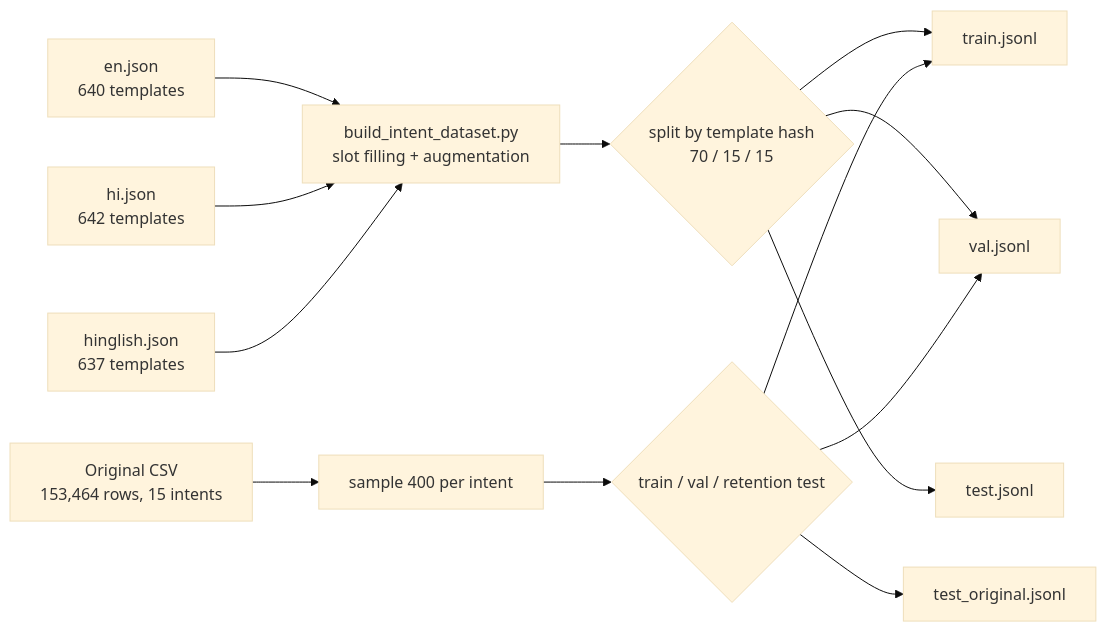
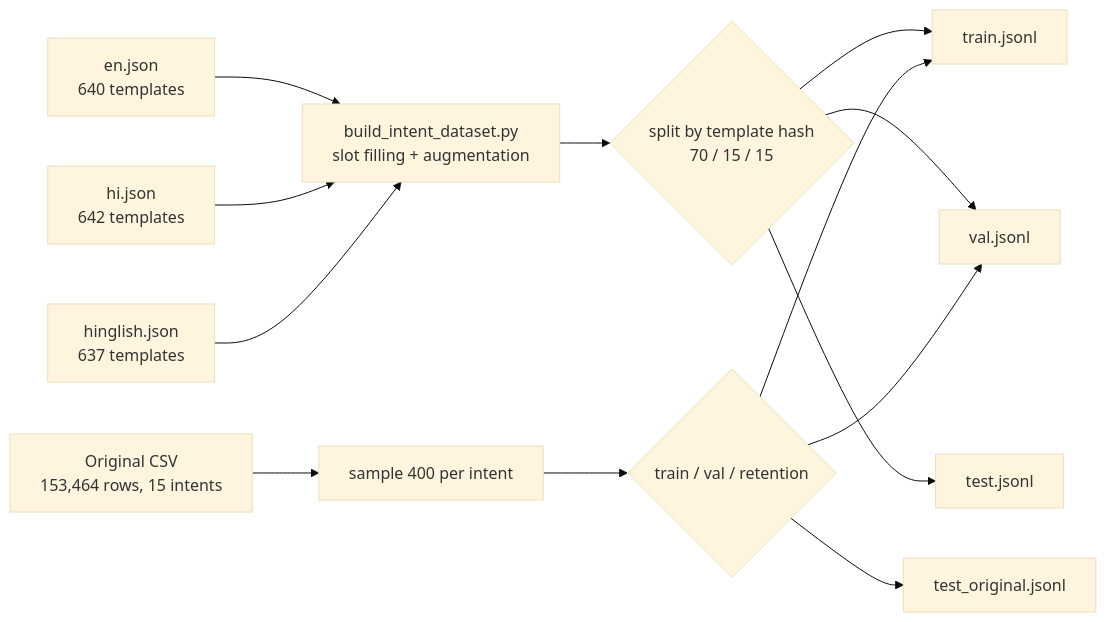
Before and after one commit to Anushka-v24/ecommerce-customer-support-assistant: diagram 19 of 38 in docs/ENHANCEMENT_REPORT.md, drawn with Mermaid (base theme). The commit also changed other lines of this file and 5 other files, not shown here.

````diff
--- a/docs/ENHANCEMENT_REPORT.md
+++ b/docs/ENHANCEMENT_REPORT.md
@@ -486,15 +761,15 @@
 ```mermaid
 flowchart LR
     T1[en.json<br/>640 templates] --> B
     T2[hi.json<br/>642 templates] --> B
     T3[hinglish.json<br/>637 templates] --> B
     O[Original CSV<br/>153,464 rows, 15 intents] --> S[sample 400 per intent]
     B[build_intent_dataset.py<br/>slot filling + augmentation] --> SPLIT{split by template hash<br/>70 / 15 / 15}
-    S --> SPLIT2{train / val / retention test}
+    S --> SPLIT2{train / val / retention}
     SPLIT --> TR[train.jsonl]
     SPLIT --> VA[val.jsonl]
     SPLIT --> TE[test.jsonl]
     SPLIT2 --> TR
     SPLIT2 --> VA
     SPLIT2 --> TO[test_original.jsonl]
 ```
````
